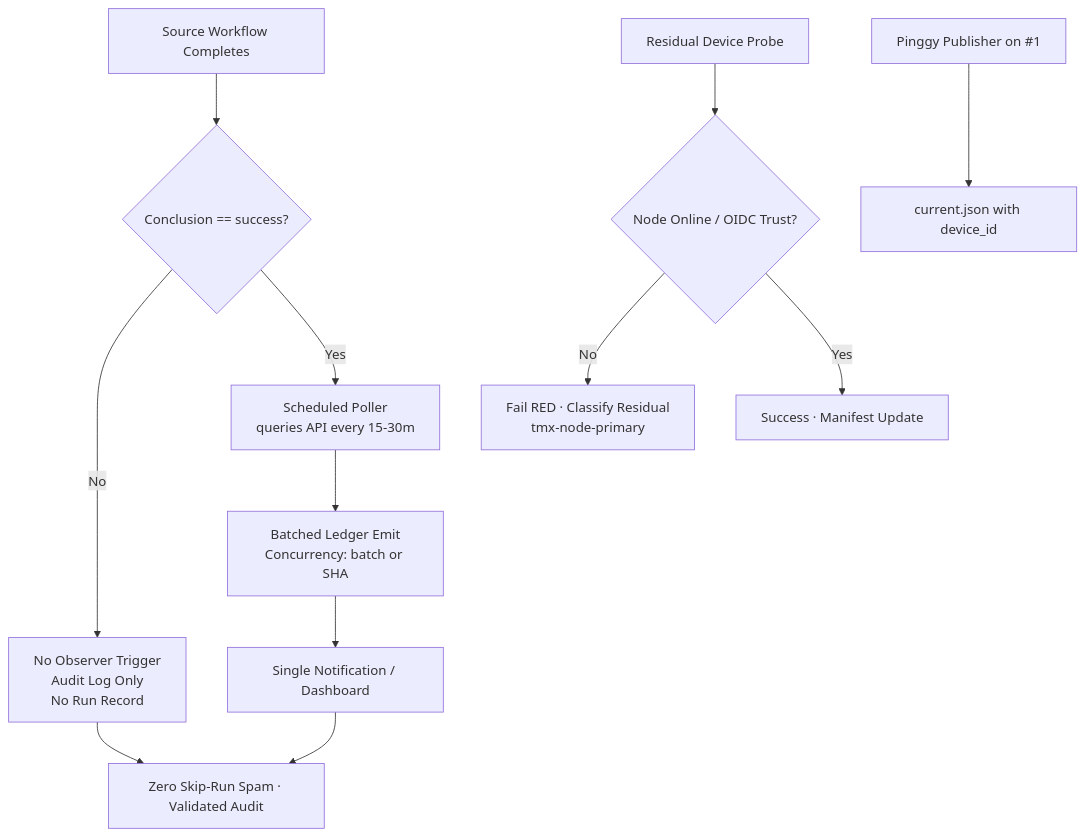
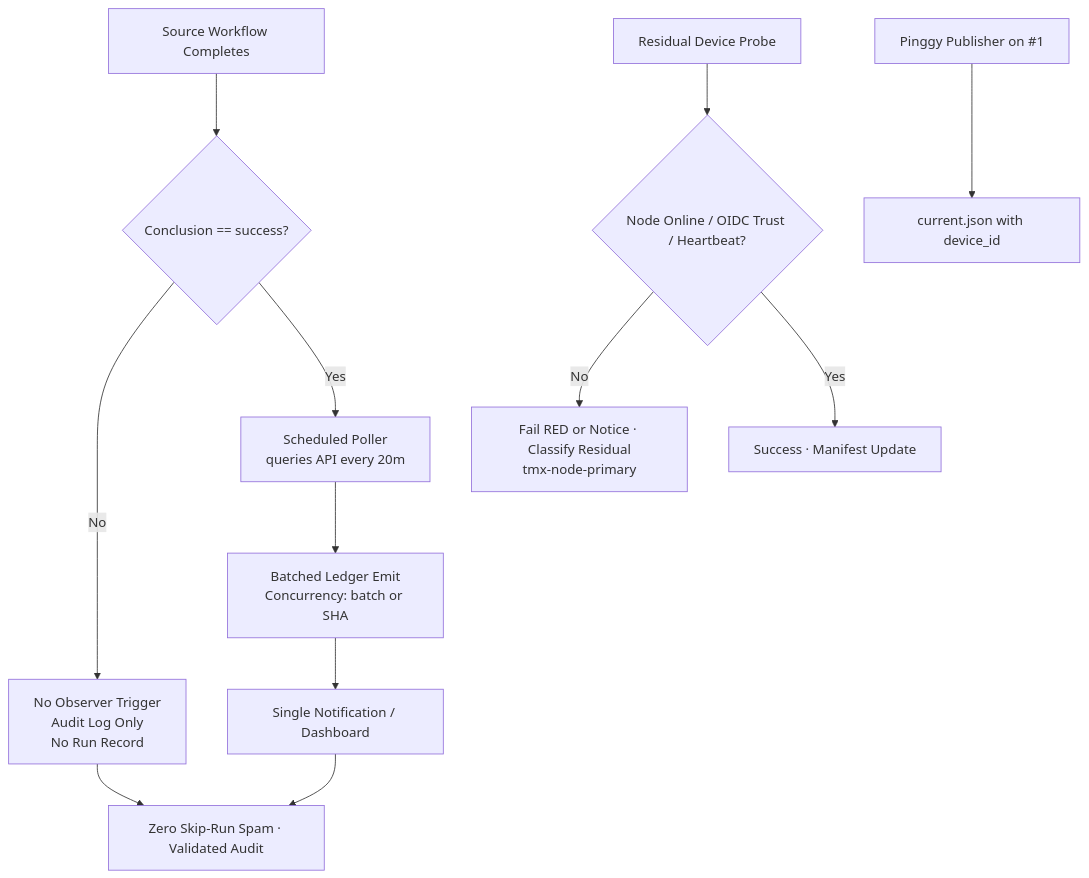
One commit to timerloggedout-spec/termux-monorepo changed the diagram in docs/ops/ACTIONS-MATRIX.md. Above: the diagram before and after it, drawn with Mermaid. The commit also changed other lines of this file, not shown here.

Commit message:
docs(ops): live refresh Actions matrix 2026-10-25 — residual skip spam quantified, poller active, device#1 Pinggy requirement reaffirmed

````diff
--- a/docs/ops/ACTIONS-MATRIX.md
+++ b/docs/ops/ACTIONS-MATRIX.md
@@ -45,14 +45,14 @@
 ```mermaid
 flowchart TD
     A[Source Workflow Completes] --> B{Conclusion == success?}
     B -->|No| C[No Observer Trigger<br/>Audit Log Only<br/>No Run Record]
-    B -->|Yes| D[Scheduled Poller<br/>queries API every 15-30m]
+    B -->|Yes| D[Scheduled Poller<br/>queries API every 20m]
     D --> E[Batched Ledger Emit<br/>Concurrency: batch or SHA]
     E --> F[Single Notification / Dashboard]
     C --> G[Zero Skip-Run Spam · Validated Audit]
     F --> G
-    H[Residual Device Probe] --> I{Node Online / OIDC Trust?}
-    I -->|No| J[Fail RED · Classify Residual<br/>tmx-node-primary]
+    H[Residual Device Probe] --> I{Node Online / OIDC Trust / Heartbeat?}
+    I -->|No| J[Fail RED or Notice · Classify Residual<br/>tmx-node-primary]
     I -->|Yes| K[Success · Manifest Update]
     L[Pinggy Publisher on #1] --> M[current.json with device_id]
 ```
````
